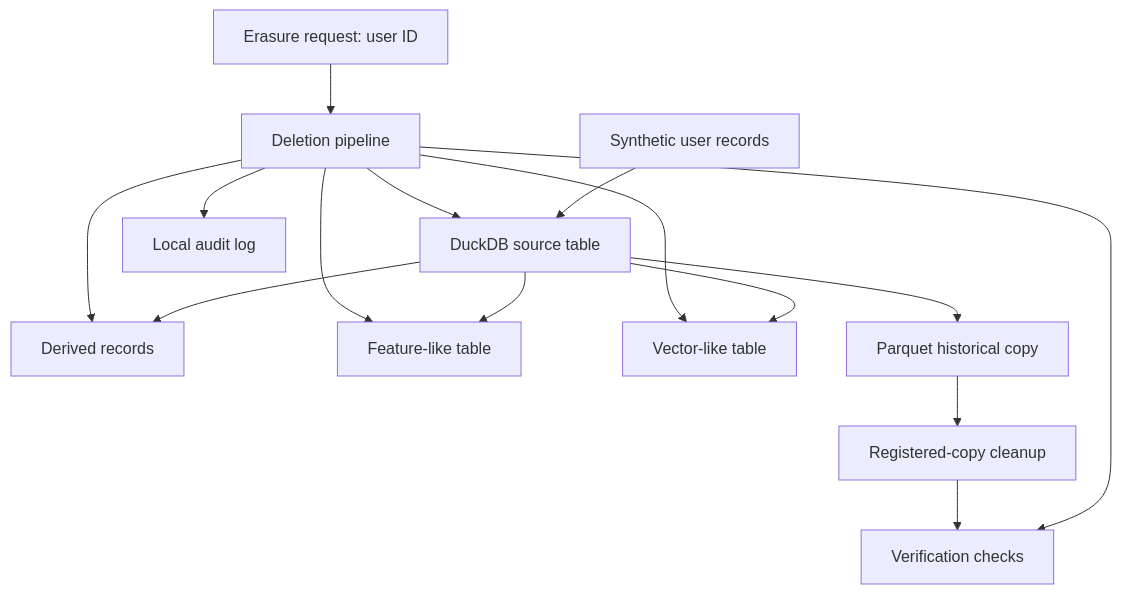
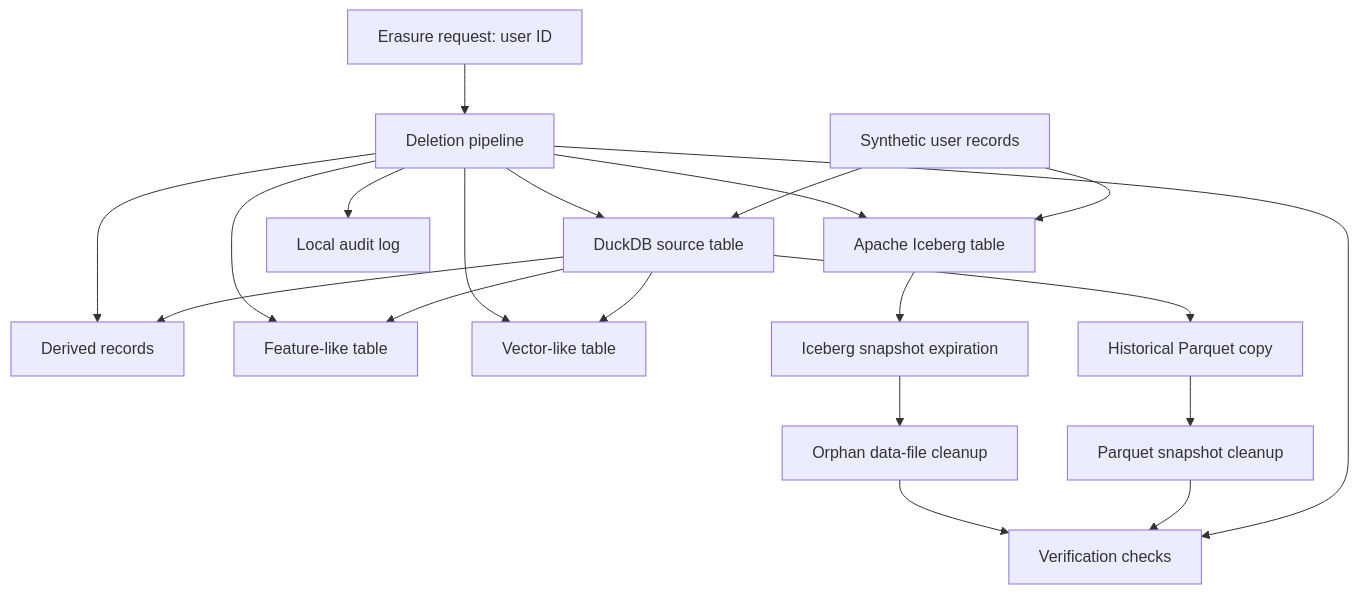
Before and after one commit to i-ayushi-k/lakehouse-erasure-lab: the diagram in README.md, drawn with Mermaid. The commit also changed other lines of this file and 6 other files, not shown here.

Commit message:
Add Apache Iceberg erasure integration

````diff
--- a/README.md
+++ b/README.md
@@ -13,17 +30,26 @@
 ```mermaid
 flowchart TD
     A[Synthetic user records] --> B[DuckDB source table]
     B --> C[Derived records]
     B --> D[Feature-like table]
     B --> E[Vector-like table]
-    B --> F[Parquet historical copy]
-    G[Erasure request: user ID] --> H[Deletion pipeline]
-    H --> B
-    H --> C
-    H --> D
-    H --> E
-    H --> I[Verification checks]
-    F --> J[Registered-copy cleanup]
-    J --> I
-    H --> K[Local audit log]
+    B --> F[Historical Parquet copy]
+
+    A --> G[Apache Iceberg table]
+
+    H[Erasure request: user ID] --> I[Deletion pipeline]
+    I --> B
+    I --> C
+    I --> D
+    I --> E
+    I --> G
+
+    F --> J[Parquet snapshot cleanup]
+    G --> K[Iceberg snapshot expiration]
+    K --> L[Orphan data-file cleanup]
+
+    I --> M[Verification checks]
+    J --> M
+    L --> M
+    I --> N[Local audit log]
 ```
````
